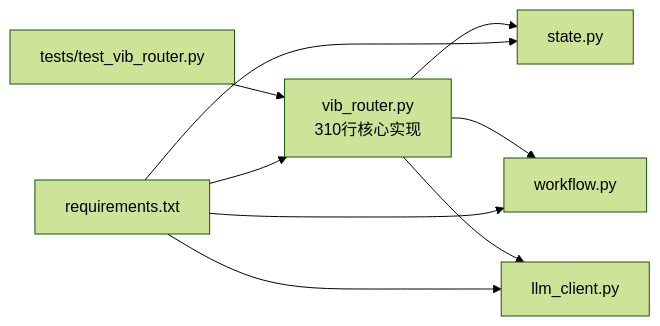
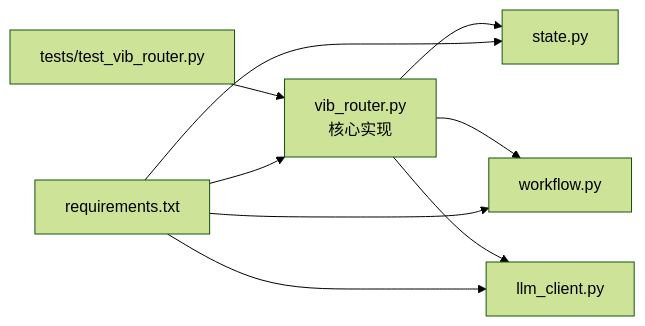
Before and after one commit to QuStarry/VIB-SparseCommunication: the fourth of 4 diagrams in .qoder/repowiki/zh/content/核心架构/VIB路由器.md, drawn with Mermaid (forest theme). The commit also changed other lines of this file and 29 other files, not shown here.

First line of the commit message:
docs(vib_router): 更新VIB路由器文档，调整beta_0参数说明

````diff
--- a/.qoder/repowiki/zh/content/核心架构/VIB路由器.md
+++ b/.qoder/repowiki/zh/content/核心架构/VIB路由器.md
@@ -257,11 +256,11 @@
 ```mermaid
 graph LR
-R["vib_router.py<br/>310行核心实现"] --> S["state.py"]
+R["vib_router.py<br/>核心实现"] --> S["state.py"]
 R --> W["workflow.py"]
 R --> L["llm_client.py"]
 T["tests/test_vib_router.py"] --> R
 P["requirements.txt"] --> R
 P --> S
 P --> W
 P --> L
 ```
````
